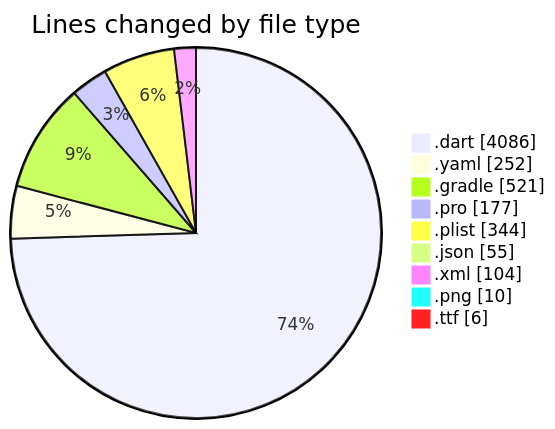
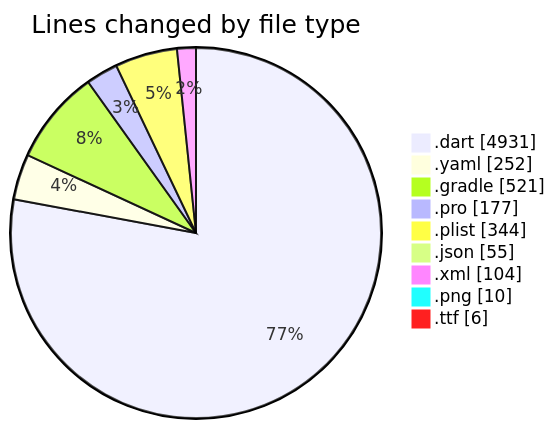
The first of 2 diagrams in 2025-07-29/appproject/README.md (lephambinh05/code-tracking), drawn with Mermaid before and after one commit. The commit also changed other lines of this file and 1 other file, not shown here.

````diff
--- a/2025-07-29/appproject/README.md
+++ b/2025-07-29/appproject/README.md
@@ -52,13 +55,13 @@
 ```mermaid
 pie showData
 title Lines changed by file type
-".dart" : 4086
+".dart" : 4931
 ".yaml" : 252
 ".gradle" : 521
 ".pro" : 177
 ".plist" : 344
 ".json" : 55
 ".xml" : 104
 ".png" : 10
 ".ttf" : 6
 ```
````
